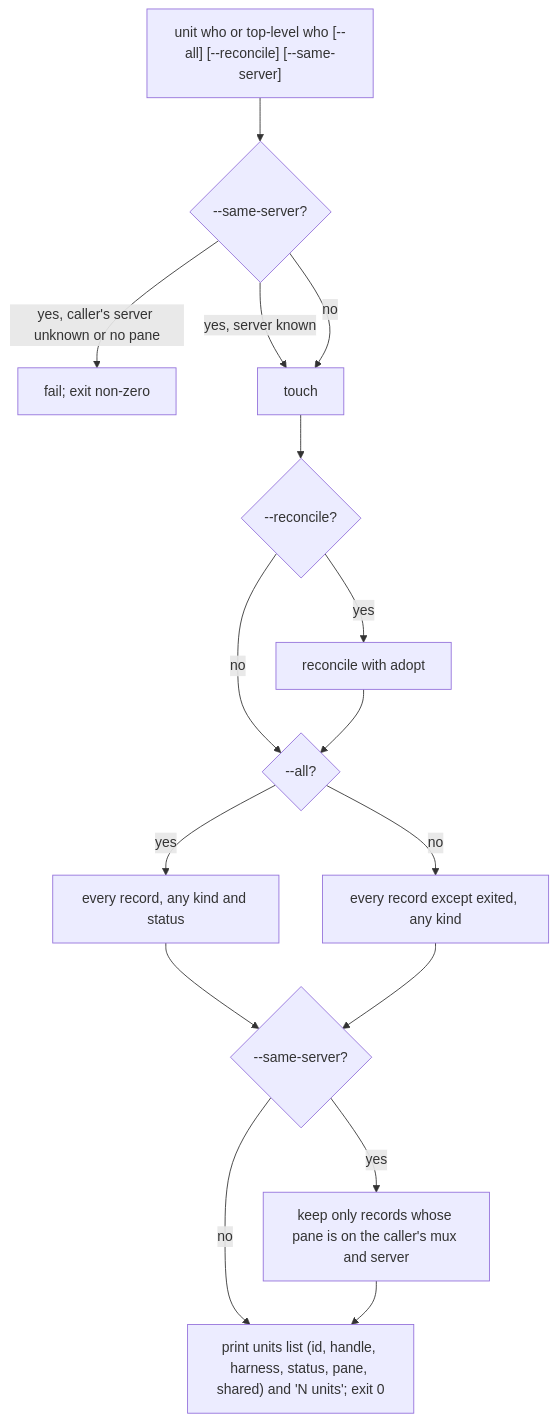
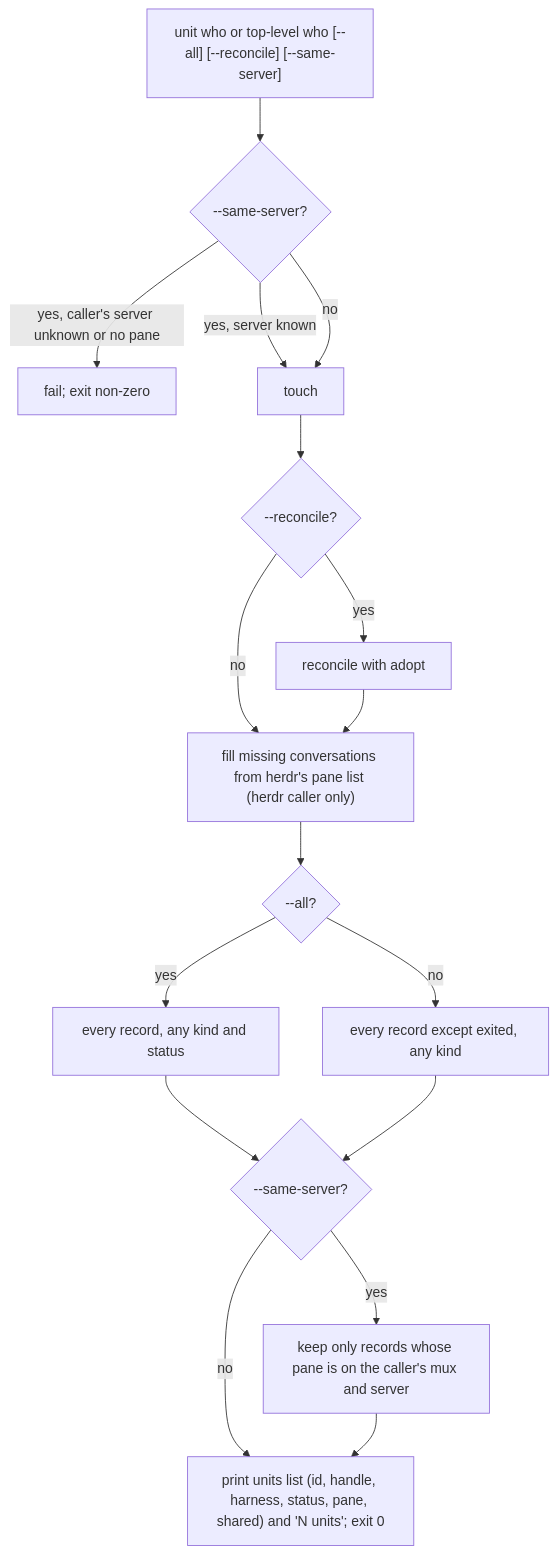
One commit to cyberuni/cyberlegion changed the seventh of 13 diagrams in packages/cyberlegion/.agents/spec/unit/registry/README.md. Above: the diagram before and after it, drawn with Mermaid. The commit also changed other lines of this file and 9 other files, not shown here.

````diff
--- a/packages/cyberlegion/.agents/spec/unit/registry/README.md
+++ b/packages/cyberlegion/.agents/spec/unit/registry/README.md
@@ -658,18 +666,19 @@
 ```mermaid
 graph TD
   WH0["unit who or top-level who [--all] [--reconcile] [--same-server]"] --> WHS{"--same-server?"}
   WHS -- "yes, caller's server unknown or no pane" --> WHF["fail; exit non-zero"]
   WHS -- "yes, server known" --> WH1
   WHS -- no --> WH1["touch"]
   WH1 --> WH2{"--reconcile?"}
   WH2 -- yes --> WH2R["reconcile with adopt"]
-  WH2 -- no --> WH3
-  WH2R --> WH3{"--all?"}
+  WH2 -- no --> WHC
+  WH2R --> WHC["fill missing conversations from herdr's pane list (herdr caller only)"]
+  WHC --> WH3{"--all?"}
   WH3 -- yes --> WH4["every record, any kind and status"]
   WH3 -- no --> WH5["every record except exited, any kind"]
   WH4 --> WHK{"--same-server?"}
   WH5 --> WHK
   WHK -- yes --> WHL["keep only records whose pane is on the caller's mux and server"]
   WHK -- no --> WH6["print units list (id, handle, harness, status, pane, shared) and 'N units'; exit 0"]
   WHL --> WH6
 ```
````
